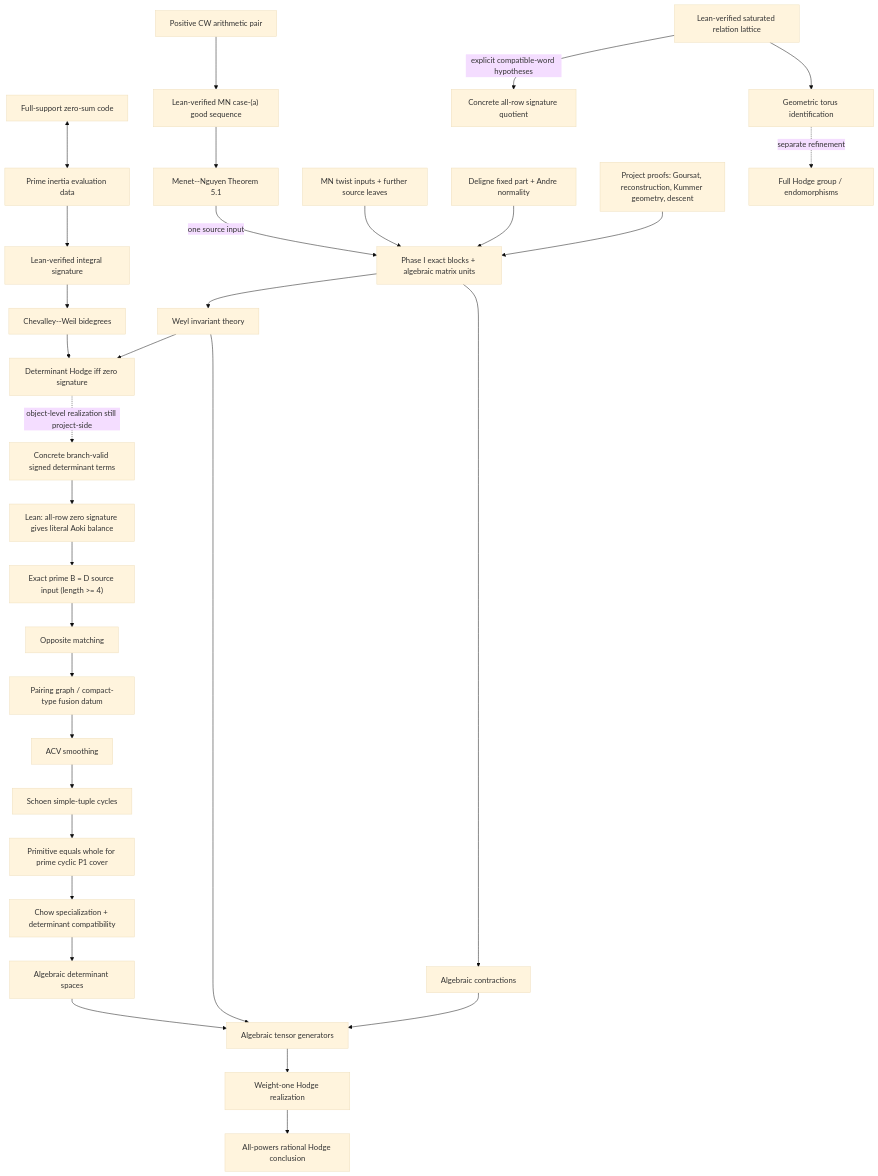
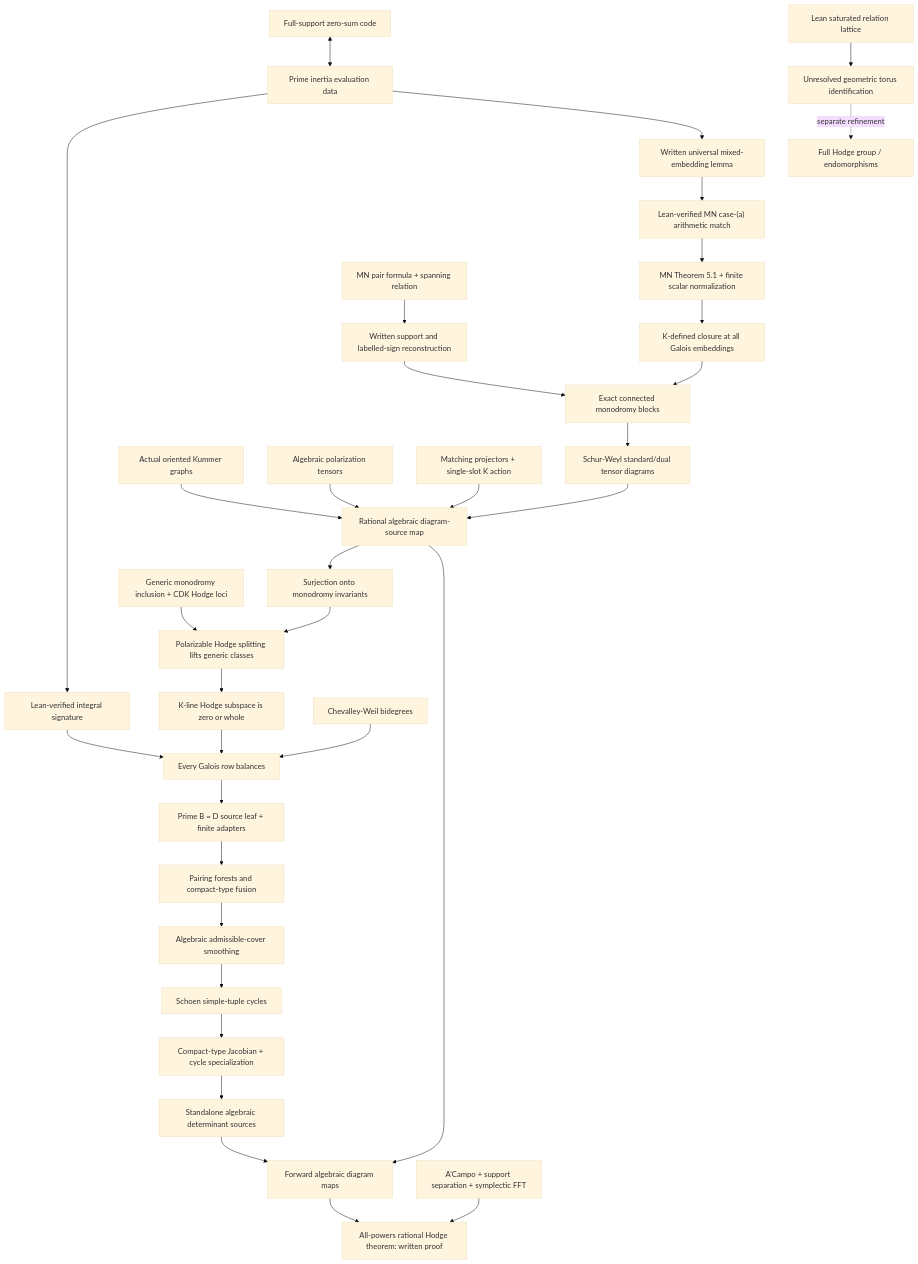
Before and after one commit to KyleJKistner/abelian-cover-hodge-lean: the diagram in docs/DEPENDENCIES.md, drawn with Mermaid (base theme). The commit also changed other lines of this file and 16 other files, not shown here.

Commit message:
Complete written general all-powers Hodge proof and arithmetic checks

````diff
--- a/docs/DEPENDENCIES.md
+++ b/docs/DEPENDENCIES.md
@@ -8,35 +8,37 @@
 ```mermaid
 flowchart TD
   CODE["Full-support zero-sum code"] <--> BD["Prime inertia evaluation data"]
   BD --> A["Lean-verified integral signature"]
-  POS["Positive CW arithmetic pair"] --> GOOD["Lean-verified MN case-(a) good sequence"]
-  GOOD --> MN["Menet--Nguyen Theorem 5.1"]
-  MN -->|"one source input"| P1
-  TW["MN twist inputs + further source leaves"] --> P1
-  DEL["Deligne fixed part + Andre normality"] --> P1
-  PM["Project proofs: Goursat, reconstruction, Kummer geometry, descent"] --> P1
-  A --> CW["Chevalley--Weil bidegrees"]
-  P1["Phase I exact blocks + algebraic matrix units"] --> FFT["Weyl invariant theory"]
-  CW --> ZS["Determinant Hodge iff zero signature"]
-  FFT --> ZS
-  WORD["Concrete branch-valid signed determinant terms"] --> BAL["Lean: all-row zero signature gives literal Aoki balance"]
-  ZS -. "object-level realization still project-side" .-> WORD
-  BAL --> AO["Exact prime B = D source input (length >= 4)"]
-  AO --> PAIR["Opposite matching"]
-  PAIR --> FUS["Pairing graph / compact-type fusion datum"]
-  FUS --> ACV["ACV smoothing"]
+  BD --> POS["Written universal mixed-embedding lemma"]
+  POS --> GOOD["Lean-verified MN case-(a) arithmetic match"]
+  GOOD --> MN["MN Theorem 5.1 + finite scalar normalization"]
+  MN --> GAL["K-defined closure at all Galois embeddings"]
+  GAL --> P1["Exact connected monodromy blocks"]
+  TW["MN pair formula + spanning relation"] --> RECON["Written support and labelled-sign reconstruction"]
+  RECON --> P1
+  P1 --> FFT["Schur-Weyl standard/dual tensor diagrams"]
+  GRAPH["Actual oriented Kummer graphs"] --> MAP["Rational algebraic diagram-source map"]
+  FFT --> MAP
+  PAIR["Algebraic polarization tensors"] --> MAP
+  SLOT["Matching projectors + single-slot K action"] --> MAP
+  MAP --> SURJ["Surjection onto monodromy invariants"]
+  GEN["Generic monodromy inclusion + CDK Hodge loci"] --> LIFT["Polarizable Hodge splitting lifts generic classes"]
+  SURJ --> LIFT
+  LIFT --> KL["K-line Hodge subspace is zero or whole"]
+  CW["Chevalley-Weil bidegrees"] --> BAL["Every Galois row balances"]
+  KL --> BAL
+  A --> BAL
+  BAL --> AO["Prime B = D source leaf + finite adapters"]
+  AO --> FUS["Pairing forests and compact-type fusion"]
+  FUS --> ACV["Algebraic admissible-cover smoothing"]
   ACV --> SCH["Schoen simple-tuple cycles"]
-  SCH --> PW["Primitive equals whole for prime cyclic P1 cover"]
-  PW --> SP["Chow specialization + determinant compatibility"]
-  SP --> DET["Algebraic determinant spaces"]
-  P1 --> CON["Algebraic contractions"]
-  FFT --> GEN["Algebraic tensor generators"]
-  DET --> GEN
-  CON --> GEN
-  GEN --> HR["Weight-one Hodge realization"]
-  HR --> GOAL["All-powers rational Hodge conclusion"]
+  SCH --> SP["Compact-type Jacobian + cycle specialization"]
+  SP --> DET["Standalone algebraic determinant sources"]
+  DET --> FORWARD["Forward algebraic diagram maps"]
+  MAP --> FORWARD
+  FORWARD --> GOAL["All-powers rational Hodge theorem: written proof"]
+  BIN["A'Campo + support separation + symplectic FFT"] --> GOAL
 
-  LAT["Lean-verified saturated relation lattice"] -->|"explicit compatible-word hypotheses"| ASIG["Concrete all-row signature quotient"]
-  LAT --> TOR["Geometric torus identification"]
+  LAT["Lean saturated relation lattice"] --> TOR["Unresolved geometric torus identification"]
   TOR -. "separate refinement" .-> FULL["Full Hodge group / endomorphisms"]
 ```
````
